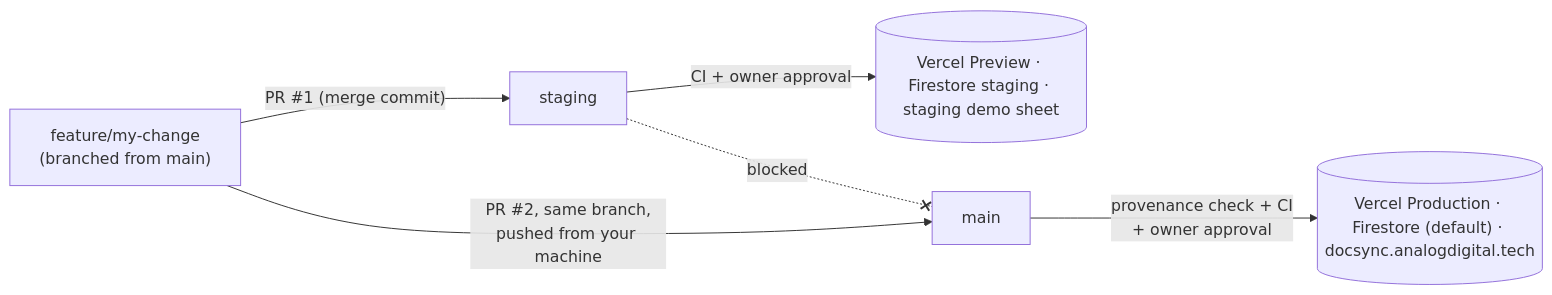
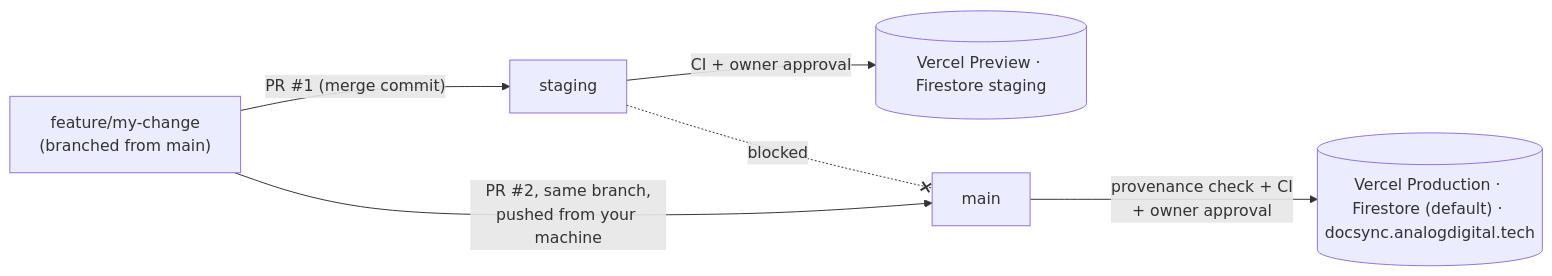
The diagram in docs/RELEASE_FLOW.md (shoubhiksaha/Doc-Sync-AI), drawn with Mermaid before and after one commit. The commit also changed other lines of this file and 60 other files, not shown here.

````diff
--- a/docs/RELEASE_FLOW.md
+++ b/docs/RELEASE_FLOW.md
@@ -27,8 +28,8 @@
 ```mermaid
 flowchart LR
     F["feature/my-change<br/>(branched from main)"] -- "PR #1 (merge commit)" --> S[staging]
-    S -- "CI + owner approval" --> SE[("Vercel Preview · Firestore staging · staging demo sheet")]
+    S -- "CI + owner approval" --> SE[("Vercel Preview · Firestore staging")]
     F -- "PR #2, same branch,<br/>pushed from your machine" --> M[main]
     M -- "provenance check + CI<br/>+ owner approval" --> PE[("Vercel Production · Firestore (default) · docsync.analogdigital.tech")]
     S -. "blocked" .-x M
 ```
````
